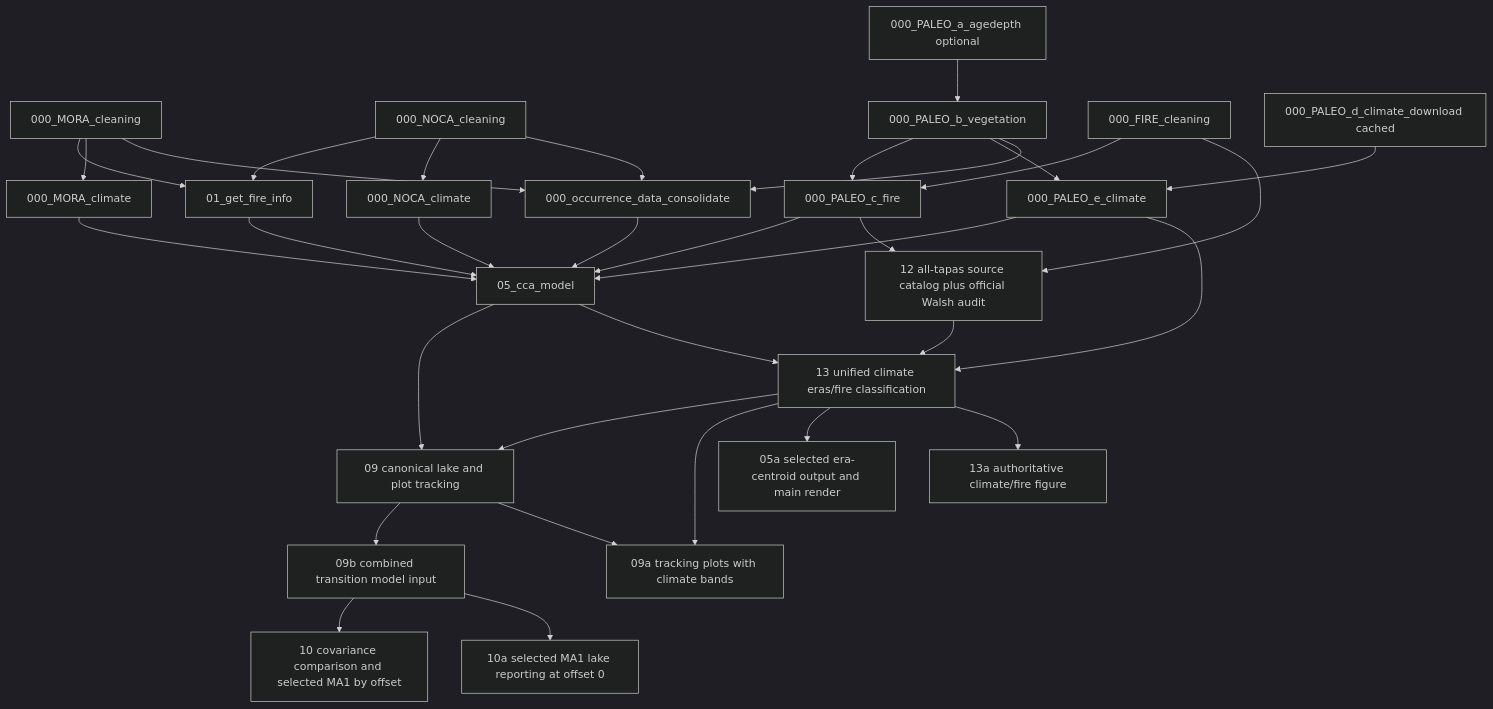
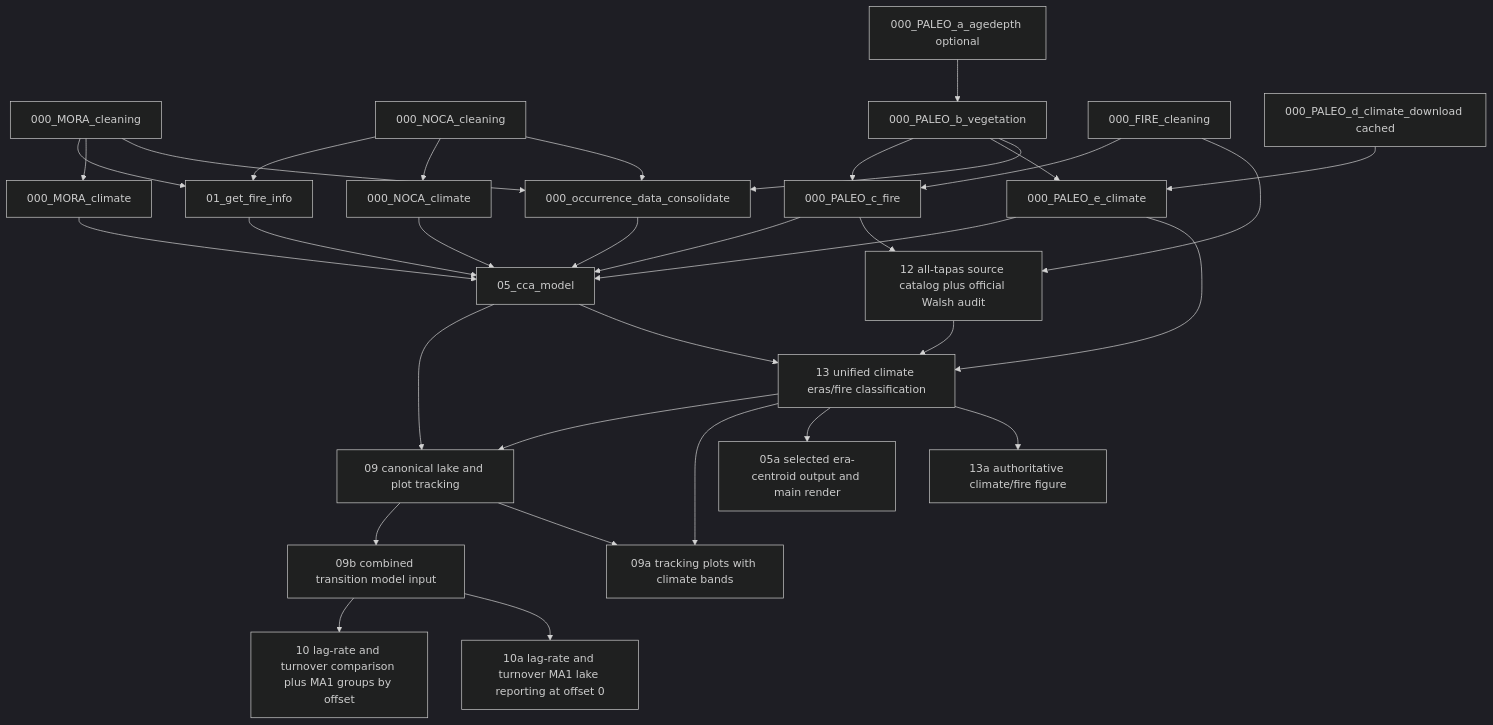
The diagram in docs/WORKFLOW.md (billurbektas/PaleoACES), drawn with Mermaid (dark theme) before and after one commit. The commit also changed other lines of this file and 64 other files, not shown here.

````diff
--- a/docs/WORKFLOW.md
+++ b/docs/WORKFLOW.md
@@ -74,35 +74,35 @@
 ```mermaid
 flowchart TD
   MV[000_MORA_cleaning] --> AF[01_get_fire_info]
   NV[000_NOCA_cleaning] --> AF
   MV --> MC[000_MORA_climate]
   NV --> NC[000_NOCA_climate]
   BA[000_PALEO_a_agedepth optional] --> PV[000_PALEO_b_vegetation]
   FW[000_FIRE_cleaning] --> PF[000_PALEO_c_fire]
   PV --> PF
   PD[000_PALEO_d_climate_download cached] --> PE[000_PALEO_e_climate]
   PV --> PE
   MV --> OC[000_occurrence_data_consolidate]
   NV --> OC
   PV --> OC
   OC --> CCA[05_cca_model]
   MC --> CCA
   NC --> CCA
   PE --> CCA
   AF --> CCA
   PF --> CCA
   CCA --> TM1[09 canonical lake and plot tracking]
   FW --> WR[12 all-tapas source catalog plus official Walsh audit]
   PF --> WR
   CCA --> ER[13 unified climate eras/fire classification]
   ER --> TM1
   TM1 --> MD[09b combined transition model input]
-  MD --> GLS[10 covariance comparison and selected MA1 by offset]
-  MD --> LS[10a selected MA1 lake reporting at offset 0]
+  MD --> GLS[10 lag-rate and turnover comparison plus MA1 groups by offset]
+  MD --> LS[10a lag-rate and turnover MA1 lake reporting at offset 0]
   TM1 --> TV[09a tracking plots with climate bands]
   ER --> TV
   PE --> ER
   WR --> ER
   ER --> CA[05a selected era-centroid output and main render]
   ER --> CF[13a authoritative climate/fire figure]
 ```
````
